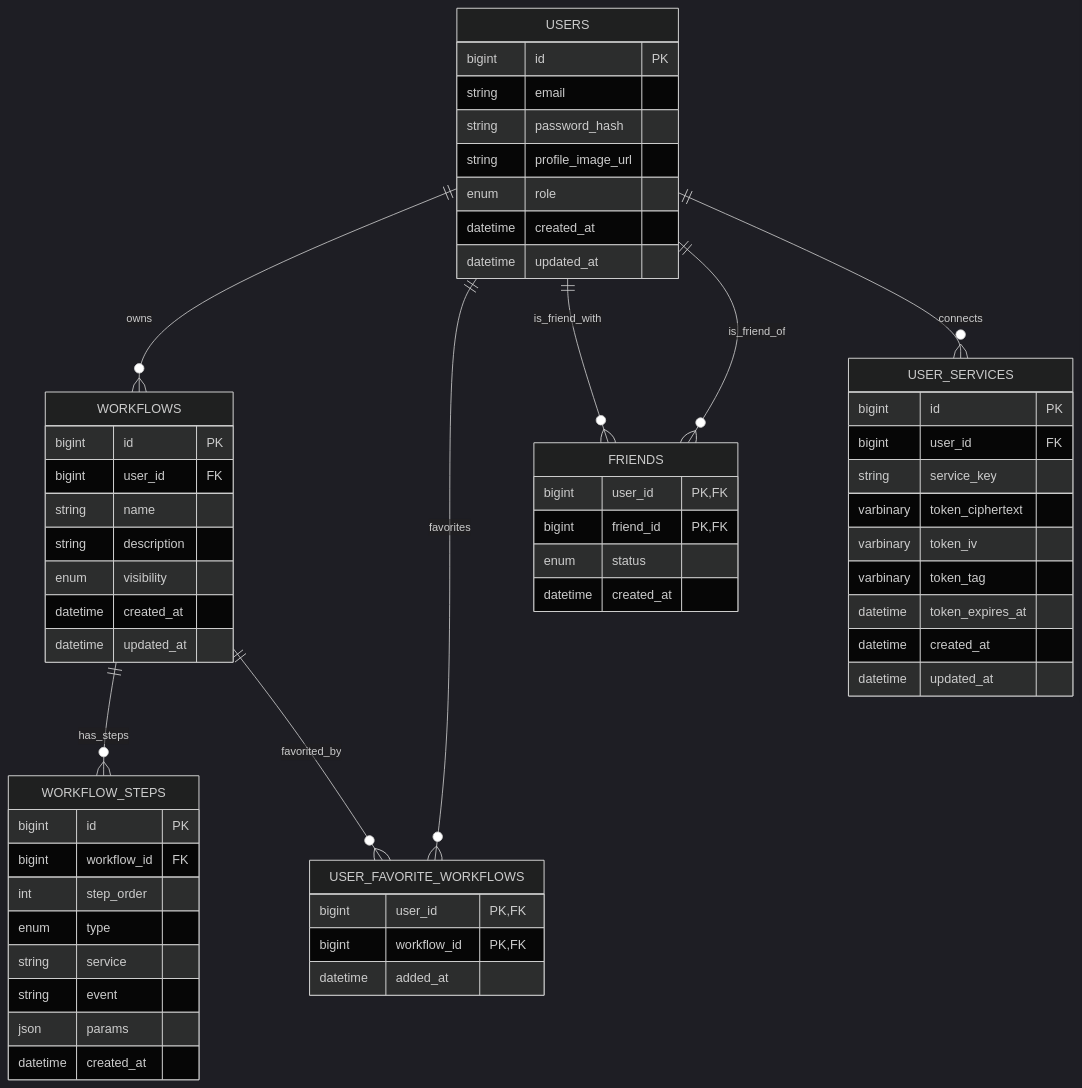
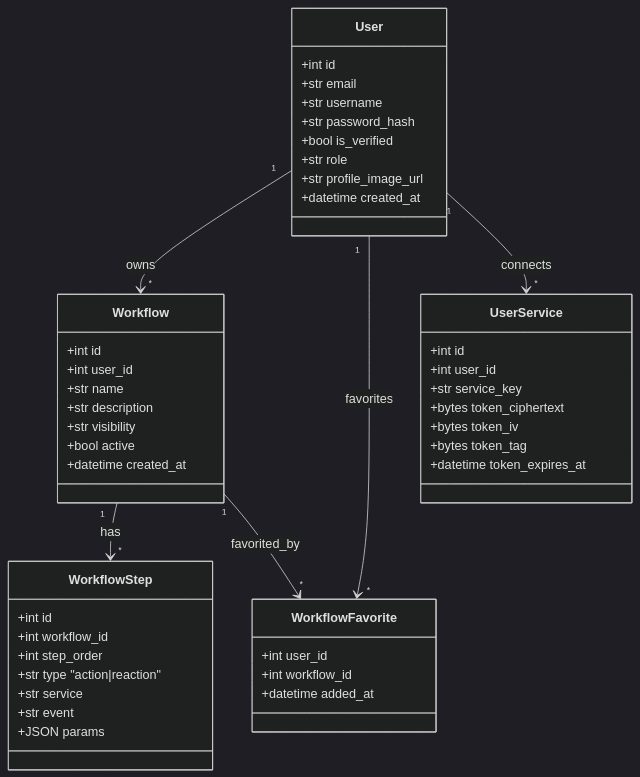
The second of 3 diagrams in README.md (corentinPierrat/mirror-area), drawn with Mermaid (dark theme) before and after one commit. The commit also changed other lines of this file and 2 other files, not shown here.

````diff
--- a/README.md
+++ b/README.md
@@ -12,67 +81,55 @@
 ```mermaid
-erDiagram
-  USERS {
-    bigint id PK
-    string email
-    string password_hash
-    string profile_image_url
-    enum role
-    datetime created_at
-    datetime updated_at
-  }
+classDiagram
+    class User {
+        +int id
+        +str email
+        +str username
+        +str password_hash
+        +bool is_verified
+        +str role
+        +str profile_image_url
+        +datetime created_at
+    }
 
-  WORKFLOWS {
-    bigint id PK
-    bigint user_id FK
-    string name
-    string description
-    enum visibility
-    datetime created_at
-    datetime updated_at
-  }
+    class Workflow {
+        +int id
+        +int user_id
+        +str name
+        +str description
+        +str visibility
+        +bool active
+        +datetime created_at
+    }
 
-  WORKFLOW_STEPS {
-    bigint id PK
-    bigint workflow_id FK
-    int step_order
-    enum type
-    string service
-    string event
-    json params
-    datetime created_at
-  }
+    class WorkflowStep {
+        +int id
+        +int workflow_id
+        +int step_order
+        +str type  "action|reaction"
+        +str service
+        +str event
+        +JSON params
+    }
 
-  USER_FAVORITE_WORKFLOWS {
-    bigint user_id PK,FK
-    bigint workflow_id PK,FK
-    datetime added_at
-  }
+    class UserService {
+        +int id
+        +int user_id
+        +str service_key
+        +bytes token_ciphertext
+        +bytes token_iv
+        +bytes token_tag
+        +datetime token_expires_at
+    }
 
-  FRIENDS {
-    bigint user_id PK,FK
-    bigint friend_id PK,FK
-    enum status
-    datetime created_at
-  }
+    class WorkflowFavorite {
+        +int user_id
+        +int workflow_id
+        +datetime added_at
+    }
 
-  USER_SERVICES {
-    bigint id PK
-    bigint user_id FK
-    string service_key
-    varbinary token_ciphertext
-    varbinary token_iv
-    varbinary token_tag
-    datetime token_expires_at
-    datetime created_at
-    datetime updated_at
-  }
-
-  USERS ||--o{ WORKFLOWS : owns
-  WORKFLOWS ||--o{ WORKFLOW_STEPS : has_steps
-  USERS ||--o{ USER_FAVORITE_WORKFLOWS : favorites
-  WORKFLOWS ||--o{ USER_FAVORITE_WORKFLOWS : favorited_by
-  USERS ||--o{ FRIENDS : is_friend_with
-  USERS ||--o{ FRIENDS : is_friend_of
-  USERS ||--o{ USER_SERVICES : connects
-
+    User "1" --> "*" Workflow : owns
+    Workflow "1" --> "*" WorkflowStep : has
+    User "1" --> "*" WorkflowFavorite : favorites
+    Workflow "1" --> "*" WorkflowFavorite : favorited_by
+    User "1" --> "*" UserService : connects
 ```
````
